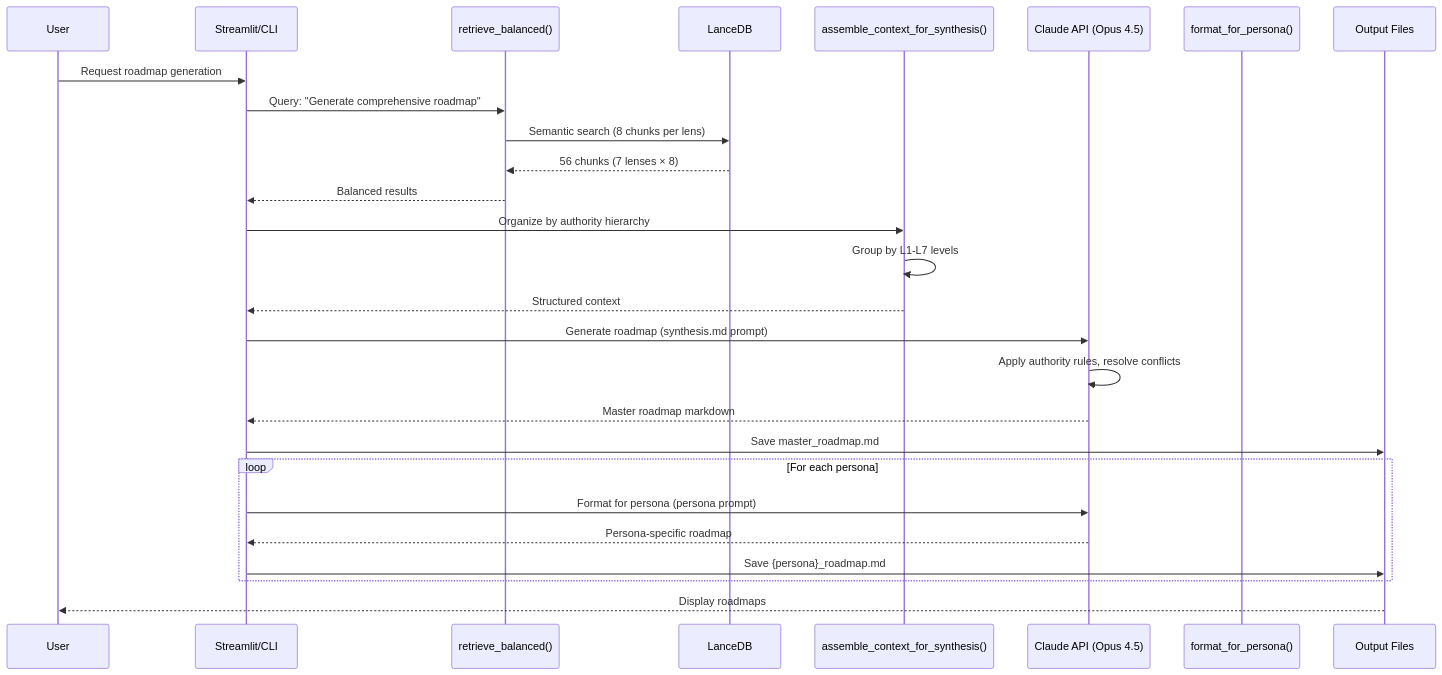
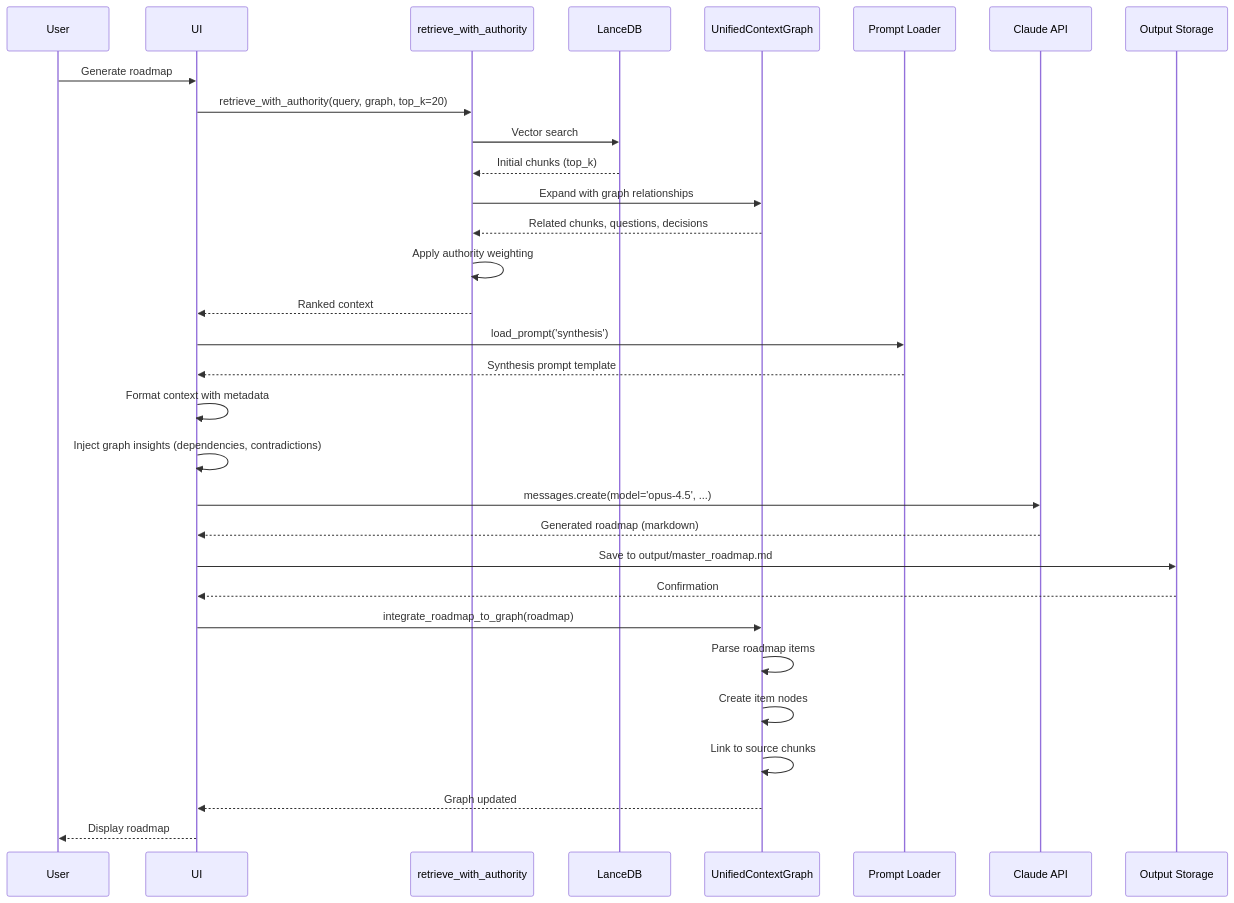
One commit to HumanFirstAi/roadmap-synth changed the tenth of 11 diagrams in ARCHITECTURE_REVIEW.md. Above: the diagram before and after it, drawn with Mermaid. The commit also changed other lines of this file and 11 other files, not shown here.

First line of the commit message:
Add expanded test suite and update architecture documentation

````diff
--- a/ARCHITECTURE_REVIEW.md
+++ b/ARCHITECTURE_REVIEW.md
@@ -940,32 +743,43 @@
 ```mermaid
 sequenceDiagram
     participant U as User
-    participant UI as Streamlit/CLI
-    participant Ret as retrieve_balanced()
-    participant Lance as LanceDB
-    participant Assemble as assemble_context_for_synthesis()
-    participant Claude as Claude API (Opus 4.5)
-    participant Persona as format_for_persona()
-    participant Output as Output Files
+    participant UI as UI
+    participant R as retrieve_with_authority
+    participant L as LanceDB
+    participant G as UnifiedContextGraph
+    participant P as Prompt Loader
+    participant C as Claude API
+    participant O as Output Storage
 
-    U->>UI: Request roadmap generation
-    UI->>Ret: Query: "Generate comprehensive roadmap"
-    Ret->>Lance: Semantic search (8 chunks per lens)
-    Lance-->>Ret: 56 chunks (7 lenses × 8)
-    Ret-->>UI: Balanced results
-    UI->>Assemble: Organize by authority hierarchy
-    Assemble->>Assemble: Group by L1-L7 levels
-    Assemble-->>UI: Structured context
-    UI->>Claude: Generate roadmap (synthesis.md prompt)
-    Claude->>Claude: Apply authority rules, resolve conflicts
-    Claude-->>UI: Master roadmap markdown
-    UI->>Output: Save master_roadmap.md
+    U->>UI: Generate roadmap
+    UI->>R: retrieve_with_authority(query, graph, top_k=20)
 
-    loop For each persona
-        UI->>Claude: Format for persona (persona prompt)
-        Claude-->>UI: Persona-specific roadmap
-        UI->>Output: Save {persona}_roadmap.md
-    end
+    R->>L: Vector search
+    L-->>R: Initial chunks (top_k)
 
-    Output-->>U: Display roadmaps
+    R->>G: Expand with graph relationships
+    G-->>R: Related chunks, questions, decisions
+
+    R->>R: Apply authority weighting
+    R-->>UI: Ranked context
+
+    UI->>P: load_prompt('synthesis')
+    P-->>UI: Synthesis prompt template
+
+    UI->>UI: Format context with metadata
+    UI->>UI: Inject graph insights (dependencies, contradictions)
+
+    UI->>C: messages.create(model='opus-4.5', ...)
+    C-->>UI: Generated roadmap (markdown)
+
+    UI->>O: Save to output/master_roadmap.md
+    O-->>UI: Confirmation
+
+    UI->>G: integrate_roadmap_to_graph(roadmap)
+    G->>G: Parse roadmap items
+    G->>G: Create item nodes
+    G->>G: Link to source chunks
+    G-->>UI: Graph updated
+
+    UI-->>U: Display roadmap
 ```
````
